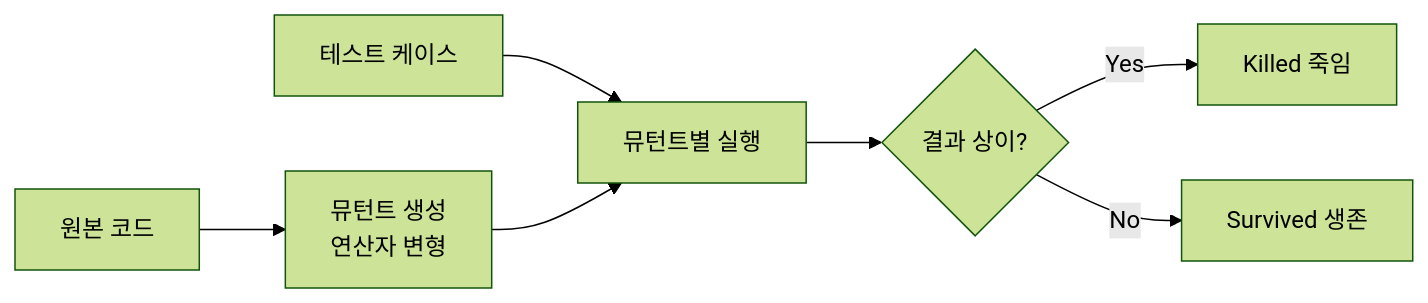
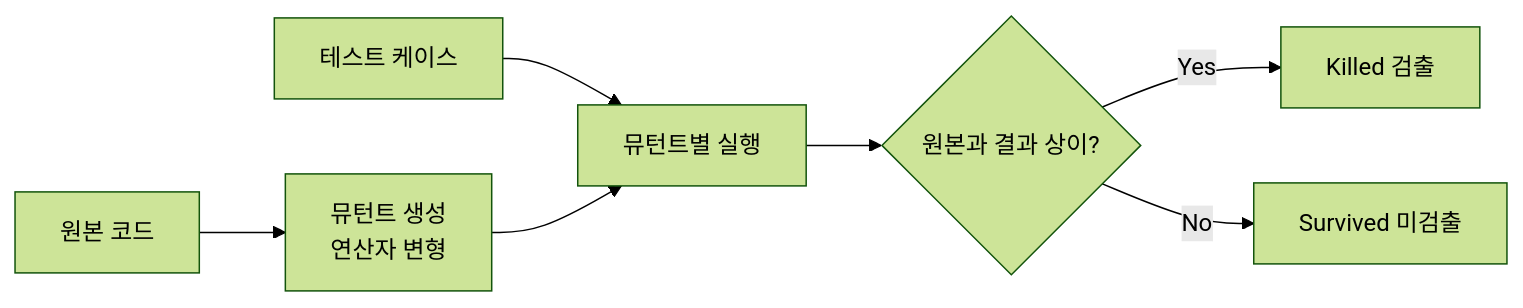
One commit to coninggu/wjdqhrhksflrltnftk changed the diagram in content/mutation-testing.md. Above: the diagram before and after it, drawn with Mermaid (forest theme). The commit also changed other lines of this file and 19 other files, not shown here.

````diff
--- a/content/mutation-testing.md
+++ b/content/mutation-testing.md
@@ -13,9 +14,9 @@
 ```mermaid
 flowchart LR
   S[원본 코드] --> M[뮤턴트 생성<br/>연산자 변형]
   T[테스트 케이스] --> R[뮤턴트별 실행]
   M --> R
-  R --> K{결과 상이?}
-  K -->|Yes| KILL[Killed 죽임]
-  K -->|No| SUR[Survived 생존]
+  R --> K{원본과 결과 상이?}
+  K -->|Yes| KILL[Killed 검출]
+  K -->|No| SUR[Survived 미검출]
 ```
````
